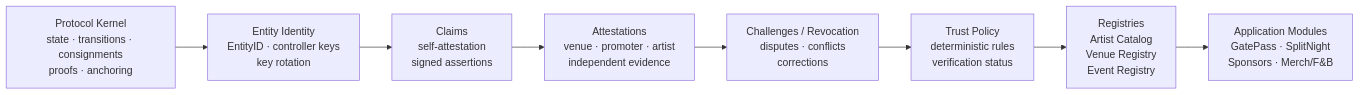
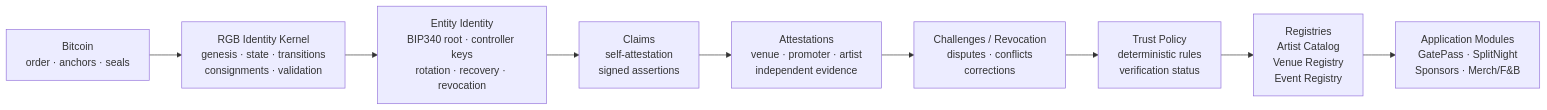
One commit to EdwinKestler/o2a-protocol changed the first of 3 diagrams in docs/diagrams/02-end-to-end-protocol-flow.md. Above: the diagram before and after it, drawn with Mermaid. The commit also changed other lines of this file and 46 other files, not shown here.

Commit message:
Align O2A with Bitcoin-rooted self-custodial identity

````diff
--- a/docs/diagrams/02-end-to-end-protocol-flow.md
+++ b/docs/diagrams/02-end-to-end-protocol-flow.md
@@ -5,13 +5,14 @@
 ```mermaid
 flowchart LR
-    K["Protocol Kernel<br/>state · transitions · consignments<br/>proofs · anchoring"]
-    I["Entity Identity<br/>EntityID · controller keys<br/>key rotation"]
+    B["Bitcoin<br/>order · anchors · seals"]
+    K["RGB Identity Kernel<br/>genesis · state · transitions<br/>consignments · validation"]
+    I["Entity Identity<br/>BIP340 root · controller keys<br/>rotation · recovery · revocation"]
     C["Claims<br/>self-attestation<br/>signed assertions"]
     A["Attestations<br/>venue · promoter · artist<br/>independent evidence"]
     X["Challenges / Revocation<br/>disputes · conflicts<br/>corrections"]
     P["Trust Policy<br/>deterministic rules<br/>verification status"]
     R["Registries<br/>Artist Catalog<br/>Venue Registry<br/>Event Registry"]
     M["Application Modules<br/>GatePass · SplitNight<br/>Sponsors · Merch/F&B"]
 
-    K --> I --> C --> A --> X --> P --> R --> M
+    B --> K --> I --> C --> A --> X --> P --> R --> M
 ```
````
